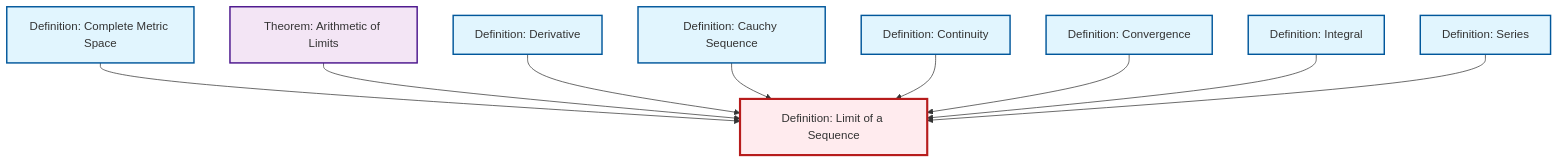
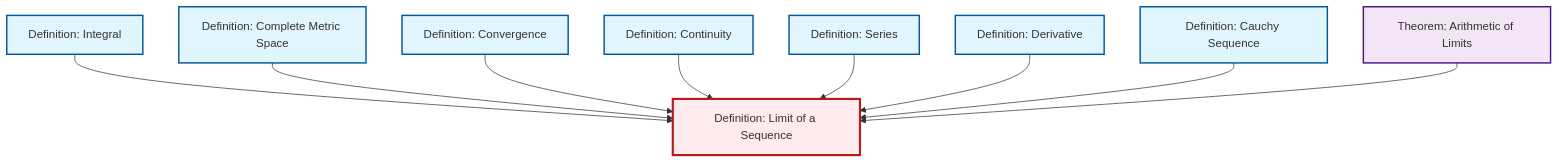
One commit to RK0429/ModernMath changed the diagram in content/en/analysis/def-limit.qmd. Above: the diagram before and after it, drawn with Mermaid. The commit also changed other lines of this file and 654 other files, not shown here.

````diff
--- a/content/en/analysis/def-limit.qmd
+++ b/content/en/analysis/def-limit.qmd
@@ -48,35 +48,35 @@
 ```{mermaid}
 %%| fig-cap: "Local dependency graph"
 graph TD
     classDef definition fill:#e1f5fe,stroke:#01579b,stroke-width:2px
     classDef theorem fill:#f3e5f5,stroke:#4a148c,stroke-width:2px
     classDef axiom fill:#fff3e0,stroke:#e65100,stroke-width:2px
     classDef example fill:#e8f5e9,stroke:#1b5e20,stroke-width:2px
     classDef current fill:#ffebee,stroke:#b71c1c,stroke-width:3px
     def-convergence["Definition: Convergence"]:::definition
+    def-continuity["Definition: Continuity"]:::definition
+    def-series["Definition: Series"]:::definition
     def-derivative["Definition: Derivative"]:::definition
-    def-continuity["Definition: Continuity"]:::definition
+    def-complete-metric-space["Definition: Complete Metric Space"]:::definition
+    def-cauchy-sequence["Definition: Cauchy Sequence"]:::definition
     thm-limit-arithmetic["Theorem: Arithmetic of Limits"]:::theorem
-    def-series["Definition: Series"]:::definition
-    def-cauchy-sequence["Definition: Cauchy Sequence"]:::definition
+    def-limit["Definition: Limit of a Sequence"]:::definition
     def-integral["Definition: Integral"]:::definition
-    def-complete-metric-space["Definition: Complete Metric Space"]:::definition
-    def-limit["Definition: Limit of a Sequence"]:::definition
+    def-integral --> def-limit
     def-complete-metric-space --> def-limit
-    thm-limit-arithmetic --> def-limit
+    def-convergence --> def-limit
+    def-continuity --> def-limit
+    def-series --> def-limit
     def-derivative --> def-limit
     def-cauchy-sequence --> def-limit
-    def-continuity --> def-limit
-    def-convergence --> def-limit
-    def-integral --> def-limit
-    def-series --> def-limit
+    thm-limit-arithmetic --> def-limit
     class def-limit current
     click def-convergence "def-convergence.html" "Go to Convergence definition"
+    click def-continuity "def-continuity.html" "Go to Continuity definition"
+    click def-series "def-series.html" "Go to Series definition"
     click def-derivative "def-derivative.html" "Go to Derivative definition"
-    click def-continuity "def-continuity.html" "Go to Continuity definition"
+    click def-complete-metric-space "def-complete-metric-space.html" "Go to Complete Metric Space definition"
+    click def-cauchy-sequence "def-cauchy-sequence.html" "Go to Cauchy Sequence definition"
     click thm-limit-arithmetic "thm-limit-arithmetic.html" "Go to Arithmetic of Limits theorem"
-    click def-series "def-series.html" "Go to Series definition"
-    click def-cauchy-sequence "def-cauchy-sequence.html" "Go to Cauchy Sequence definition"
     click def-integral "def-integral.html" "Go to Integral definition"
-    click def-complete-metric-space "def-complete-metric-space.html" "Go to Complete Metric Space definition"
 ```
````
